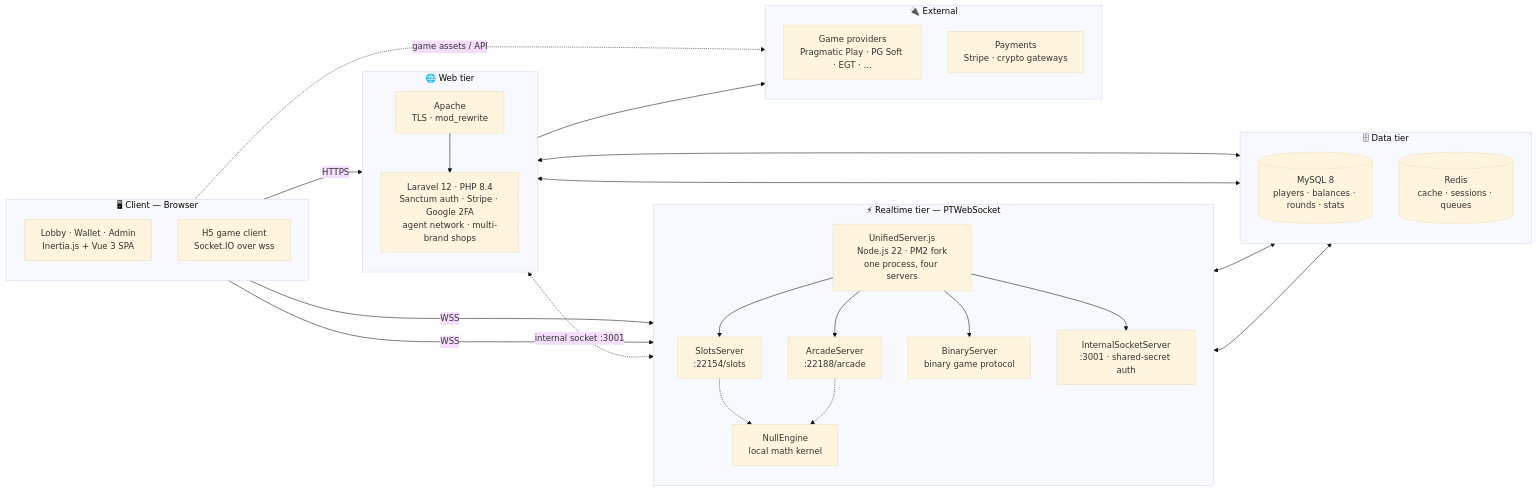
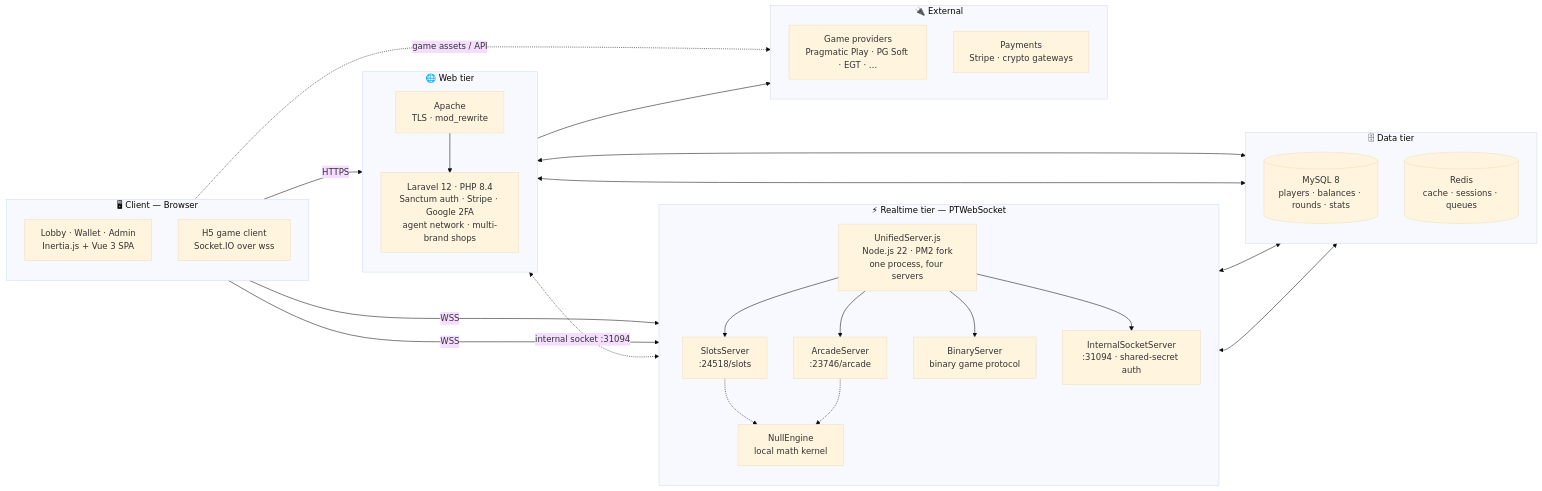
The first of 2 diagrams in README.md (ZeusbyteInc/goldsvet), drawn with Mermaid (base theme) before and after one commit. The commit also changed other lines of this file, not shown here.

Commit message:
Use non-default example ports in architecture diagrams

````diff
--- a/README.md
+++ b/README.md
@@ -80,54 +80,54 @@
 ```mermaid
 flowchart LR
     subgraph client["🖥 Client — Browser"]
         direction TB
         SPA["Lobby · Wallet · Admin<br>Inertia.js + Vue 3 SPA"]
         H5["H5 game client<br>Socket.IO over wss"]
     end
 
     subgraph web["🌐 Web tier"]
         direction TB
         TLS["Apache<br>TLS · mod_rewrite"]
         PHP["Laravel 12 · PHP 8.4<br>Sanctum auth · Stripe · Google 2FA<br>agent network · multi-brand shops"]
     end
 
     subgraph realtime["⚡ Realtime tier — PTWebSocket"]
         direction TB
         UNI["UnifiedServer.js<br>Node.js 22 · PM2 fork<br>one process, four servers"]
-        SLOT["SlotsServer<br>:22154/slots"]
-        ARC["ArcadeServer<br>:22188/arcade"]
+        SLOT["SlotsServer<br>:24518/slots"]
+        ARC["ArcadeServer<br>:23746/arcade"]
         BIN["BinaryServer<br>binary game protocol"]
-        ISC["InternalSocketServer<br>:3001 · shared-secret auth"]
+        ISC["InternalSocketServer<br>:31094 · shared-secret auth"]
         KERNEL["NullEngine<br>local math kernel"]
         UNI --> SLOT
         UNI --> ARC
         UNI --> BIN
         UNI --> ISC
         SLOT -.-> KERNEL
         ARC -.-> KERNEL
     end
 
     subgraph data["🗄 Data tier"]
         direction TB
         MY[("MySQL 8<br>players · balances · rounds · stats")]
         RD[("Redis<br>cache · sessions · queues")]
     end
 
     subgraph ext["🔌 External"]
         direction TB
         PRV["Game providers<br>Pragmatic Play · PG Soft · EGT · …"]
         PAY["Payments<br>Stripe · crypto gateways"]
     end
 
     SPA -->|HTTPS| TLS
     TLS --> PHP
     H5 -->|WSS| SLOT
     H5 -->|WSS| ARC
     H5 -.->|game assets / API| PRV
     PHP <--> MY
     PHP <--> RD
     UNI <--> MY
     UNI <--> RD
-    PHP <-.->|internal socket :3001| ISC
+    PHP <-.->|internal socket :31094| ISC
     PHP --> PAY
 ```
````
